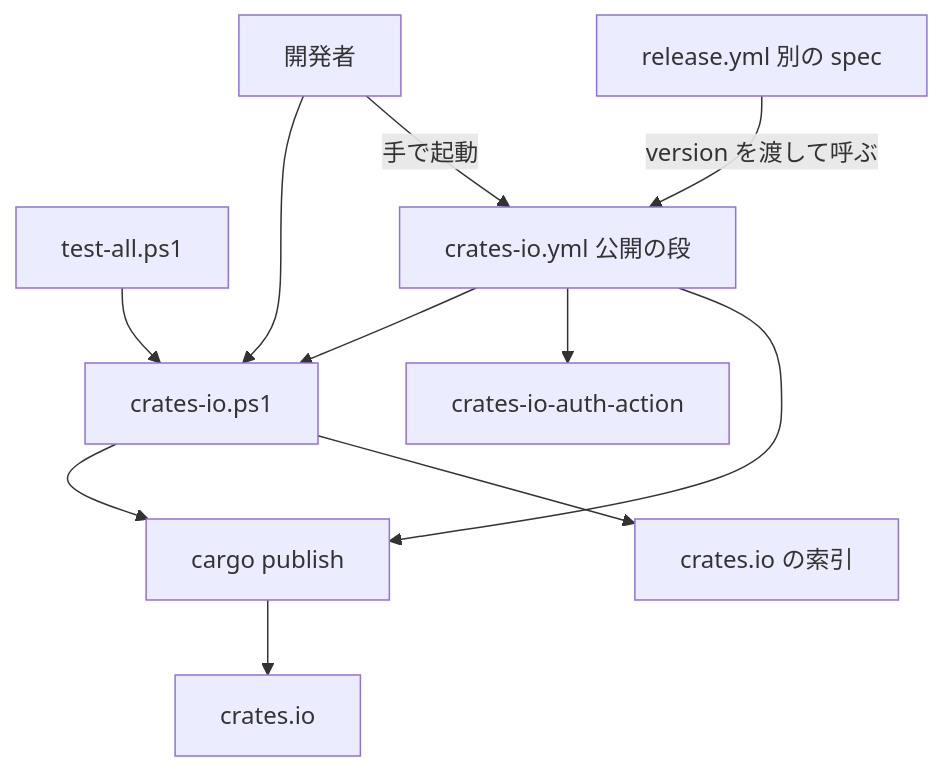
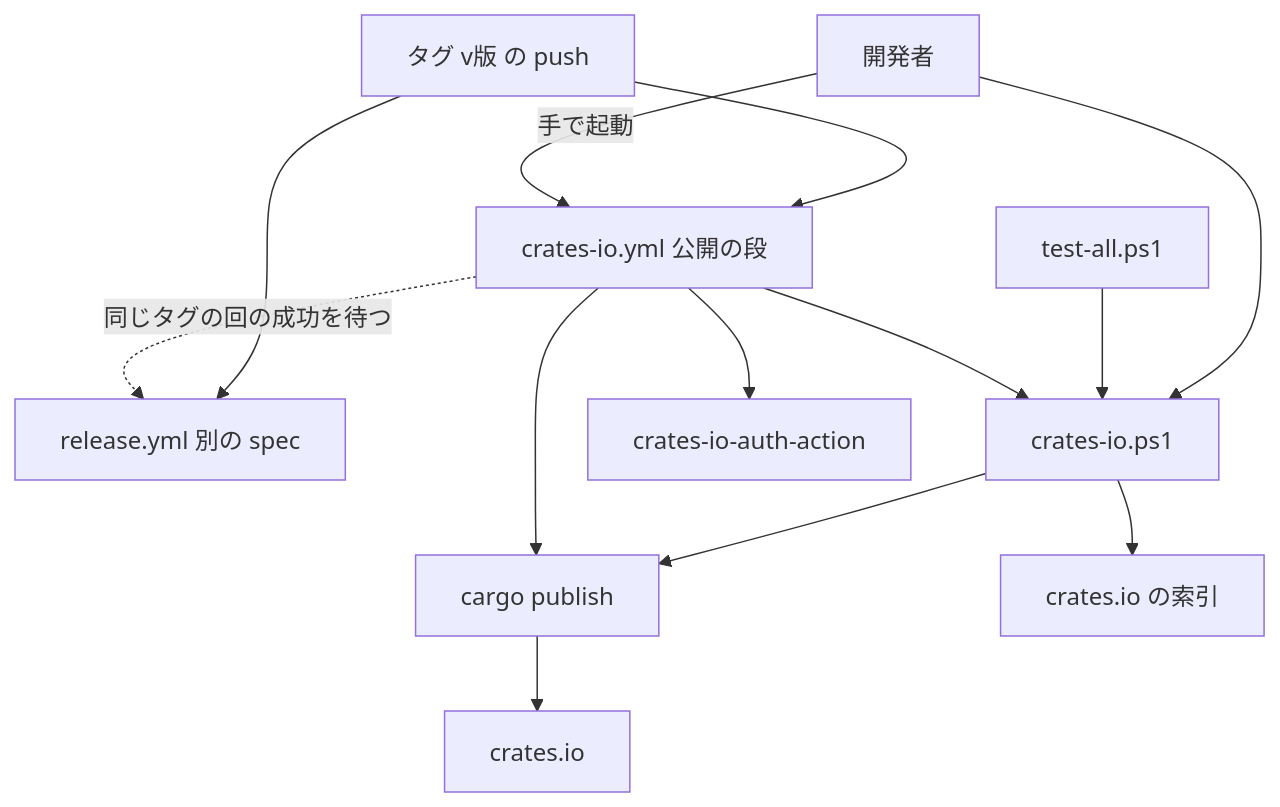
One commit to ekicyou/areka changed the first of 2 diagrams in .kiro/specs/completed/areka-P0-crates-io-publish/design.md. Above: the diagram before and after it, drawn with Mermaid. The commit also changed other lines of this file and 11 other files, not shown here.

First line of the commit message:
feat(areka-P0-crates-io-publish): 公開の段がタグの push を自分で受け、release の走りの成功を待ってから出す（案 B）

````diff
--- a/.kiro/specs/completed/areka-P0-crates-io-publish/design.md
+++ b/.kiro/specs/completed/areka-P0-crates-io-publish/design.md
@@ -78,23 +79,26 @@
 ```mermaid
 graph TB
     Dev[開発者]
     TestAll[test-all.ps1]
     ReleaseYml[release.yml 別の spec]
     Stage[crates-io.yml 公開の段]
     Script[crates-io.ps1]
     Cargo[cargo publish]
     Index[crates.io の索引]
     Auth[crates-io-auth-action]
     Registry[crates.io]
 
     Dev --> Script
     TestAll --> Script
-    ReleaseYml -->|version を渡して呼ぶ| Stage
+    Tag[タグ v版 の push]
+    Tag --> ReleaseYml
+    Tag --> Stage
+    Stage -.->|同じタグの回の成功を待つ| ReleaseYml
     Dev -->|手で起動| Stage
     Stage --> Script
     Script --> Cargo
     Script --> Index
     Stage --> Auth
     Stage --> Cargo
     Cargo --> Registry
 ```
````
